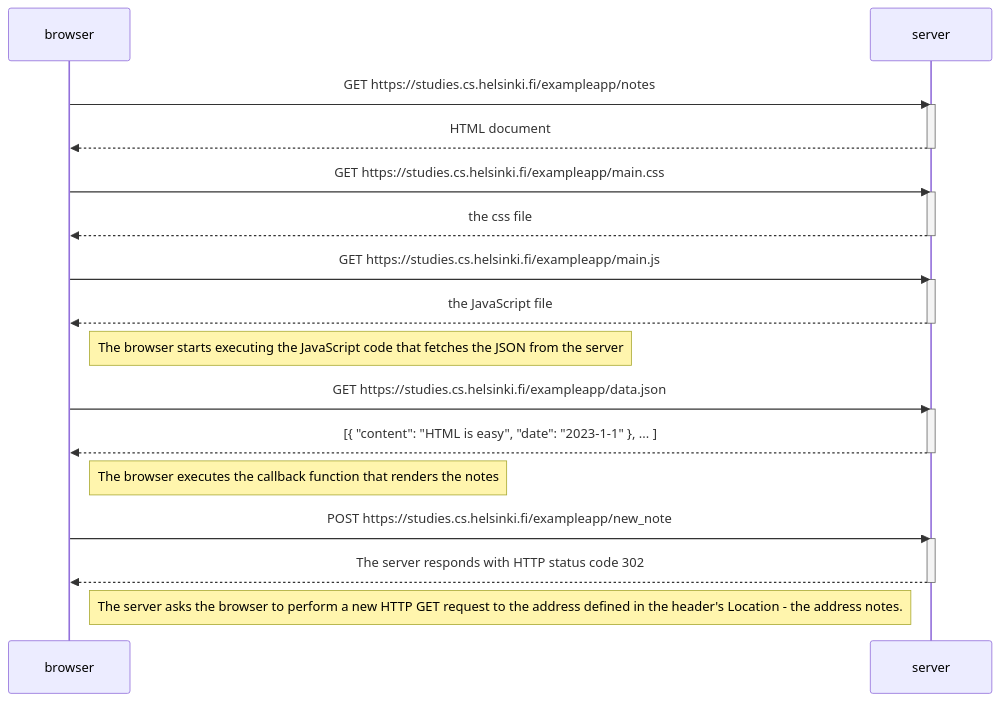
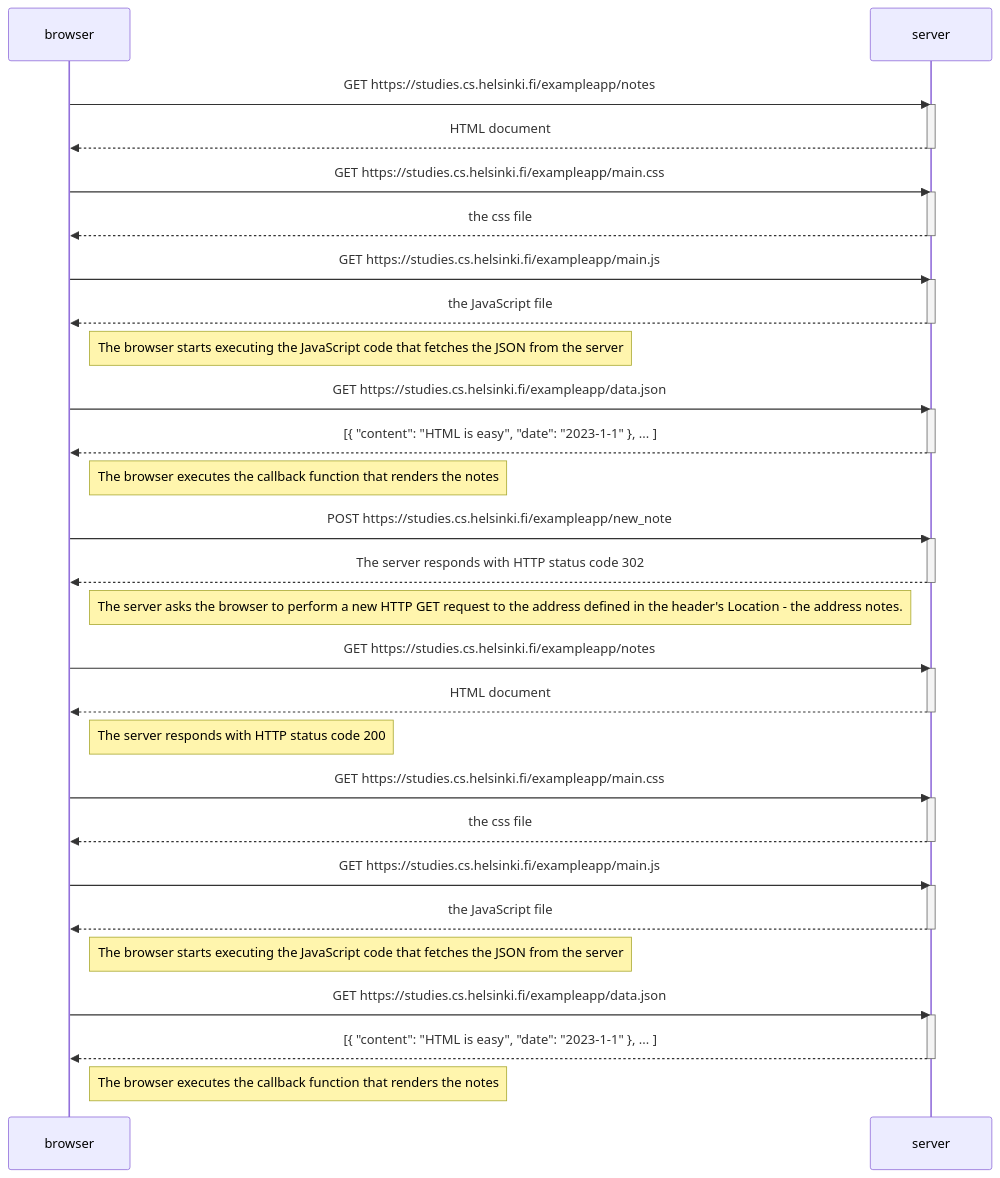
One commit to ViktoriiaProtasova/Full-Stack-open changed the diagram in part0/new-note-diagram.md. Above: the diagram before and after it, drawn with Mermaid.

````diff
--- a/part0/new-note-diagram.md
+++ b/part0/new-note-diagram.md
@@ -1,36 +1,62 @@
 ```mermaid
 sequenceDiagram
 participant browser
 participant server
 
     browser->>server: GET https://studies.cs.helsinki.fi/exampleapp/notes
     activate server
     server-->>browser: HTML document
     deactivate server
 
     browser->>server: GET https://studies.cs.helsinki.fi/exampleapp/main.css
     activate server
     server-->>browser: the css file
     deactivate server
 
     browser->>server: GET https://studies.cs.helsinki.fi/exampleapp/main.js
     activate server
     server-->>browser: the JavaScript file
     deactivate server
 
     Note right of browser: The browser starts executing the JavaScript code that fetches the JSON from the server
 
     browser->>server: GET https://studies.cs.helsinki.fi/exampleapp/data.json
     activate server
     server-->>browser: [{ "content": "HTML is easy", "date": "2023-1-1" }, ... ]
     deactivate server
 
     Note right of browser: The browser executes the callback function that renders the notes
 
     browser->>server: POST https://studies.cs.helsinki.fi/exampleapp/new_note
     activate server
     server-->>browser: The server responds with HTTP status code 302
     deactivate server
 
     Note right of browser: The server asks the browser to perform a new HTTP GET request to the address defined in the header's Location - the address notes.
+
+    browser->>server: GET https://studies.cs.helsinki.fi/exampleapp/notes
+    activate server
+    server-->>browser: HTML document
+    deactivate server
+
+    Note right of browser: The server responds with HTTP status code 200
+
+    browser->>server: GET https://studies.cs.helsinki.fi/exampleapp/main.css
+    activate server
+    server-->>browser: the css file
+    deactivate server
+
+    browser->>server: GET https://studies.cs.helsinki.fi/exampleapp/main.js
+    activate server
+    server-->>browser: the JavaScript file
+    deactivate server
+
+    Note right of browser: The browser starts executing the JavaScript code that fetches the JSON from the server
+
+    browser->>server: GET https://studies.cs.helsinki.fi/exampleapp/data.json
+    activate server
+    server-->>browser: [{ "content": "HTML is easy", "date": "2023-1-1" }, ... ]
+    deactivate server
+
+    Note right of browser: The browser executes the callback function that renders the notes
 ```
````
